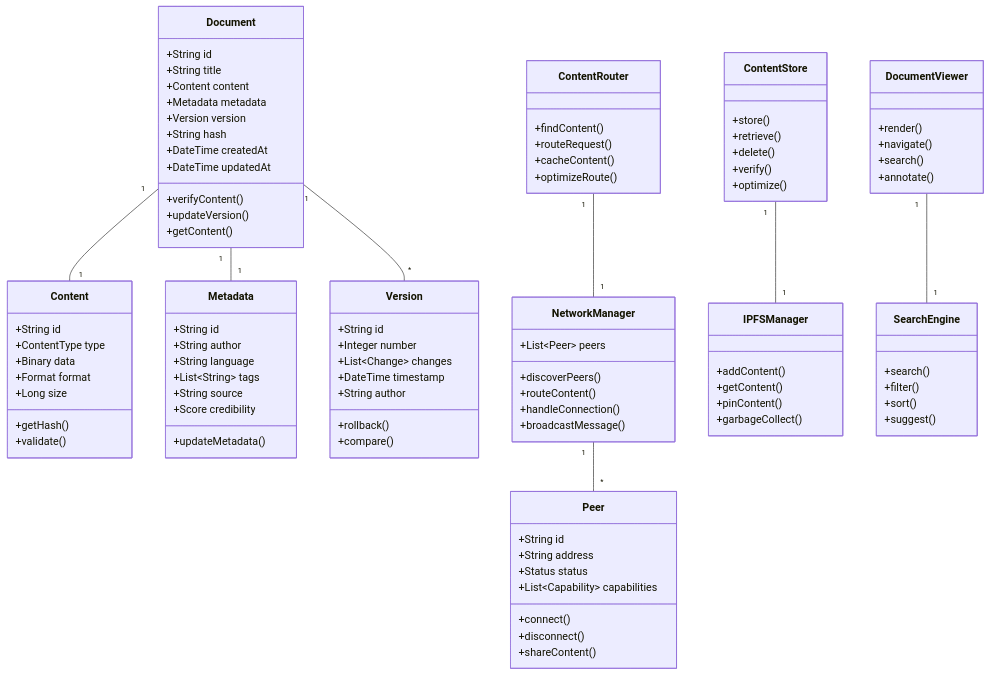
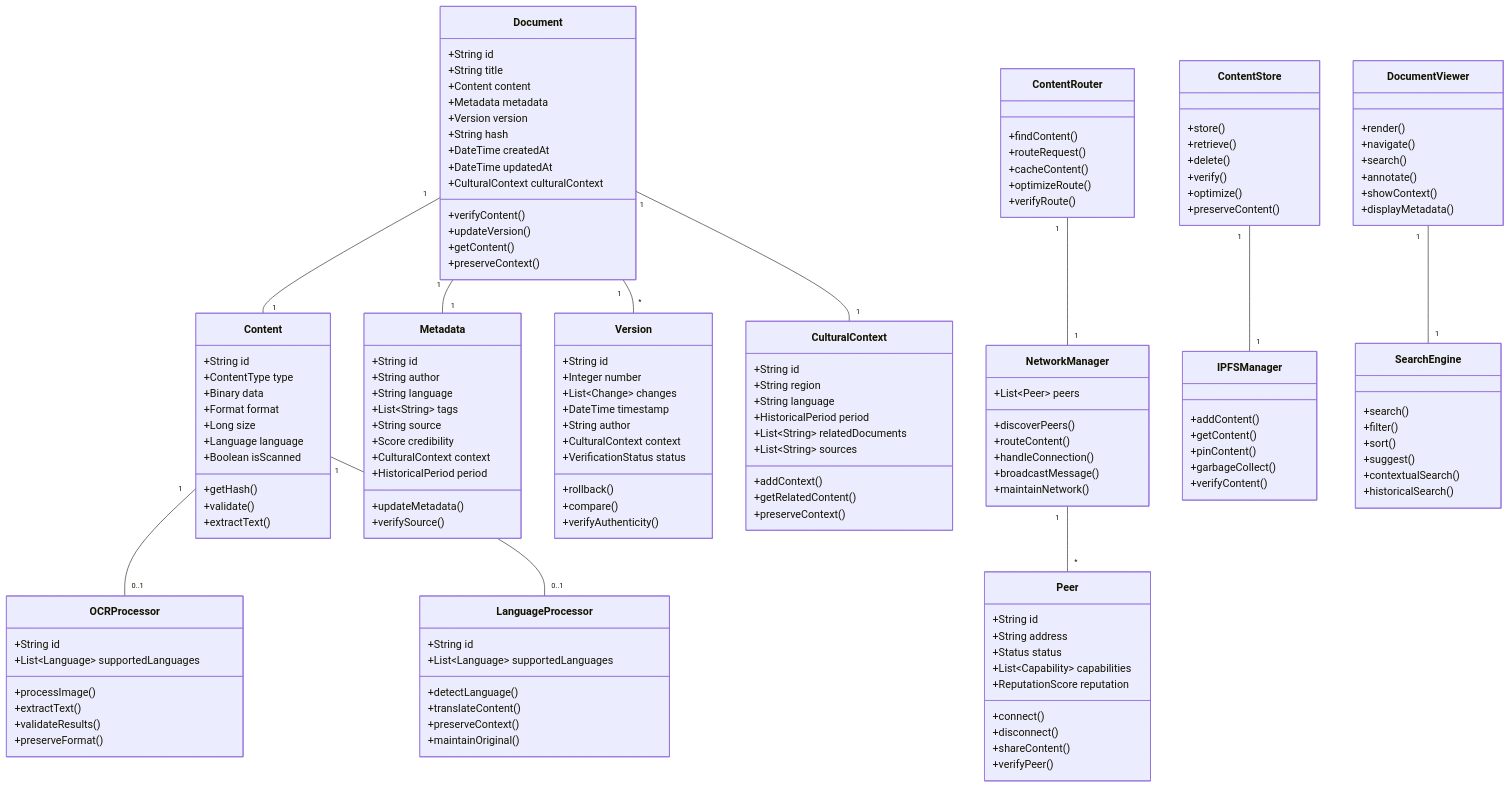
The diagram in Software Engineering/class_diagram.md (AlLibrary-Libertarian-knowledge/DocsAndResearch_AlLibrary), drawn with Mermaid before and after one commit. The commit also changed 12 other files, not shown here.

````diff
--- a/Software Engineering/class_diagram.md
+++ b/Software Engineering/class_diagram.md
@@ -10,9 +10,11 @@
         +String hash
         +DateTime createdAt
         +DateTime updatedAt
+        +CulturalContext culturalContext
         +verifyContent()
         +updateVersion()
         +getContent()
+        +preserveContext()
     }
 
     class Content {
@@ -21,8 +23,11 @@
         +Binary data
         +Format format
         +Long size
+        +Language language
+        +Boolean isScanned
         +getHash()
         +validate()
+        +extractText()
     }
 
     class Metadata {
@@ -32,7 +37,10 @@
         +List~String~ tags
         +String source
         +Score credibility
+        +CulturalContext context
+        +HistoricalPeriod period
         +updateMetadata()
+        +verifySource()
     }
 
     class Version {
@@ -41,8 +49,23 @@
         +List~Change~ changes
         +DateTime timestamp
         +String author
+        +CulturalContext context
+        +VerificationStatus status
         +rollback()
         +compare()
+        +verifyAuthenticity()
+    }
+
+    class CulturalContext {
+        +String id
+        +String region
+        +String language
+        +HistoricalPeriod period
+        +List~String~ relatedDocuments
+        +List~String~ sources
+        +addContext()
+        +getRelatedContent()
+        +preserveContext()
     }
 
     %% P2P Network Classes
@@ -51,9 +74,11 @@
         +String address
         +Status status
         +List~Capability~ capabilities
+        +ReputationScore reputation
         +connect()
         +disconnect()
         +shareContent()
+        +verifyPeer()
     }
 
     class NetworkManager {
@@ -62,6 +87,7 @@
         +routeContent()
         +handleConnection()
         +broadcastMessage()
+        +maintainNetwork()
     }
 
     class ContentRouter {
@@ -69,6 +95,7 @@
         +routeRequest()
         +cacheContent()
         +optimizeRoute()
+        +verifyRoute()
     }
 
     %% Storage Classes
@@ -78,6 +105,7 @@
         +delete()
         +verify()
         +optimize()
+        +preserveContent()
     }
 
     class IPFSManager {
@@ -85,6 +113,26 @@
         +getContent()
         +pinContent()
         +garbageCollect()
+        +verifyContent()
+    }
+
+    %% Processing Classes
+    class OCRProcessor {
+        +String id
+        +List~Language~ supportedLanguages
+        +processImage()
+        +extractText()
+        +validateResults()
+        +preserveFormat()
+    }
+
+    class LanguageProcessor {
+        +String id
+        +List~Language~ supportedLanguages
+        +detectLanguage()
+        +translateContent()
+        +preserveContext()
+        +maintainOriginal()
     }
 
     %% UI Classes
@@ -93,6 +141,8 @@
         +navigate()
         +search()
         +annotate()
+        +showContext()
+        +displayMetadata()
     }
 
     class SearchEngine {
@@ -100,14 +150,19 @@
         +filter()
         +sort()
         +suggest()
+        +contextualSearch()
+        +historicalSearch()
     }
 
     %% Relationships
     Document "1" -- "1" Content
     Document "1" -- "1" Metadata
     Document "1" -- "*" Version
+    Document "1" -- "1" CulturalContext
     NetworkManager "1" -- "*" Peer
     ContentRouter "1" -- "1" NetworkManager
     ContentStore "1" -- "1" IPFSManager
     DocumentViewer "1" -- "1" SearchEngine
+    Content "1" -- "0..1" OCRProcessor
+    Content "1" -- "0..1" LanguageProcessor
 ```
````
